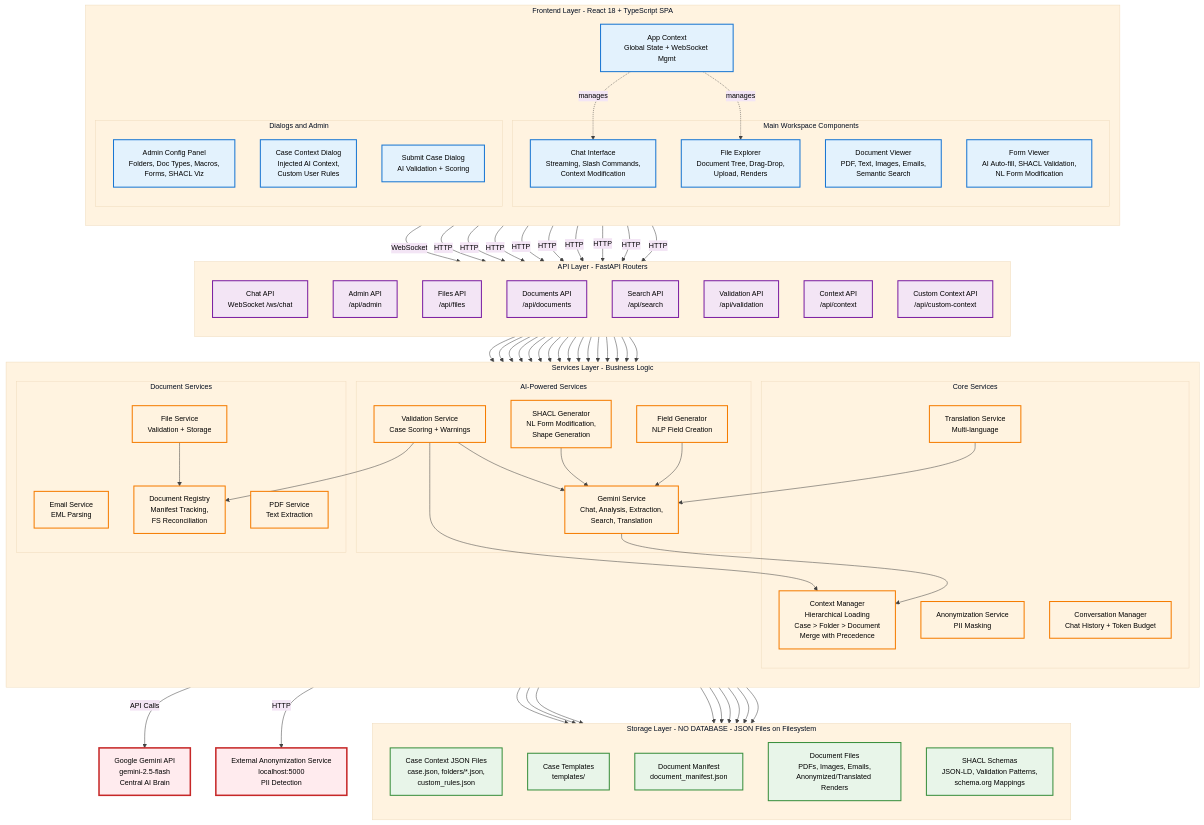
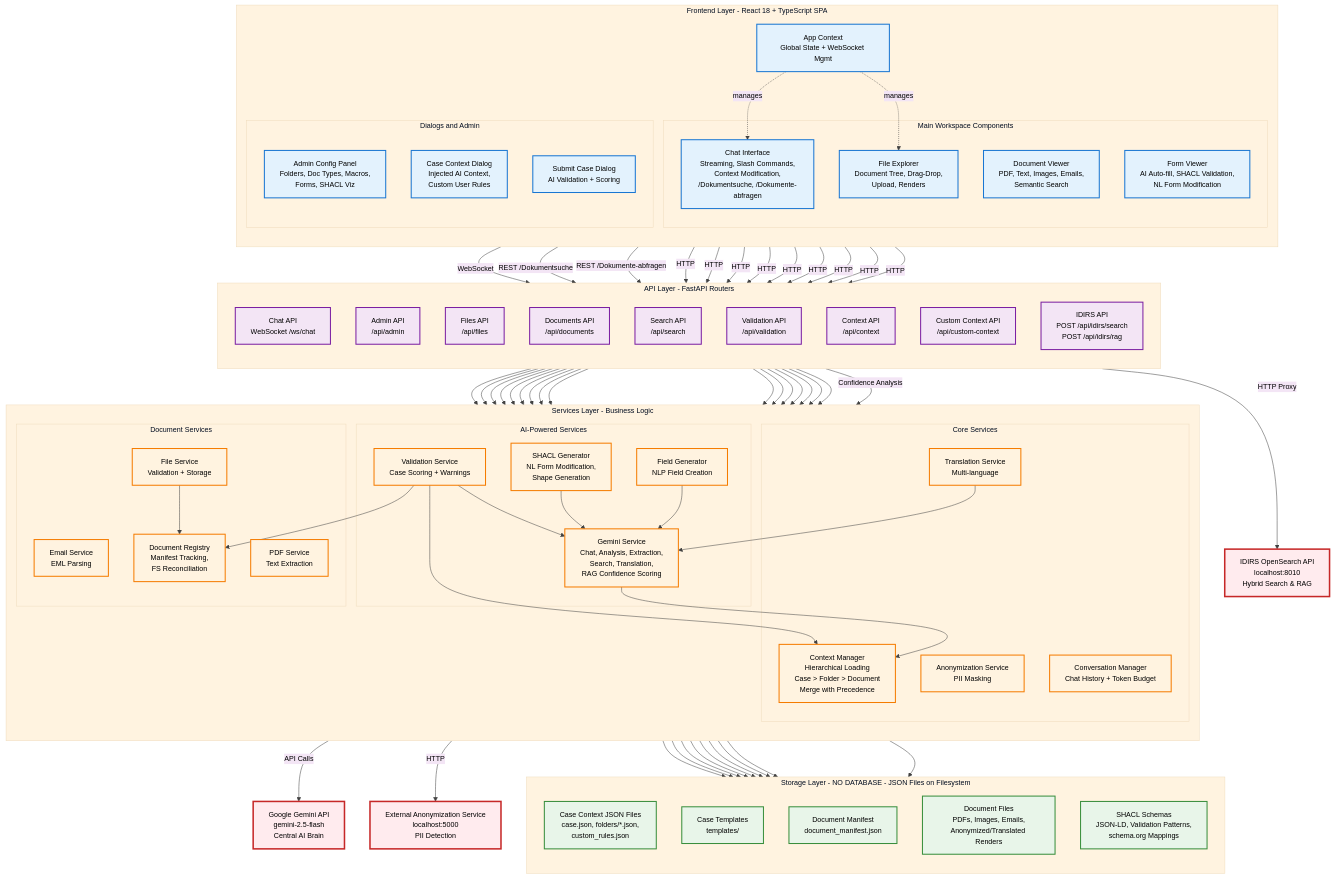
Before and after one commit to Velazquezjfp/infobase-ai: the diagram in docs/diagrams/architecture.mmd, drawn with Mermaid. The commit also changed 42 other files, not shown here.

Commit message:
Adding documentation and Hybrid search demo

```diff
--- a/docs/diagrams/architecture.mmd
+++ b/docs/diagrams/architecture.mmd
@@ -1,151 +1,158 @@
 %%{init: {'theme':'base', 'themeVariables': { 'primaryColor':'#e3f2fd','primaryTextColor':'#000','primaryBorderColor':'#1976d2','lineColor':'#424242','secondaryColor':'#f3e5f5','tertiaryColor':'#fff3e0','fontSize':'14px'}}}%%
 
 flowchart TB
     %% External Services
     gemini["Google Gemini API<br/>gemini-2.5-flash<br/>Central AI Brain"]
     anon_ext["External Anonymization Service<br/>localhost:5000<br/>PII Detection"]
+    idirs_ext["IDIRS OpenSearch API<br/>localhost:8010<br/>Hybrid Search &amp; RAG"]
 
     %% Frontend Layer
     subgraph frontend["Frontend Layer - React 18 + TypeScript SPA"]
         direction TB
         appctx["App Context<br/>Global State + WebSocket Mgmt"]
 
         subgraph ui_main["Main Workspace Components"]
-            chat["Chat Interface<br/>Streaming, Slash Commands,<br/>Context Modification"]
+            chat["Chat Interface<br/>Streaming, Slash Commands,<br/>Context Modification,<br/>/Dokumentsuche, /Dokumente-abfragen"]
             explorer["File Explorer<br/>Document Tree, Drag-Drop,<br/>Upload, Renders"]
             viewer["Document Viewer<br/>PDF, Text, Images, Emails,<br/>Semantic Search"]
             formview["Form Viewer<br/>AI Auto-fill, SHACL Validation,<br/>NL Form Modification"]
         end
 
         subgraph ui_dialogs["Dialogs and Admin"]
             admin["Admin Config Panel<br/>Folders, Doc Types, Macros,<br/>Forms, SHACL Viz"]
             contextdlg["Case Context Dialog<br/>Injected AI Context,<br/>Custom User Rules"]
             submitdlg["Submit Case Dialog<br/>AI Validation + Scoring"]
         end
     end
 
     %% Backend API Layer
     subgraph api["API Layer - FastAPI Routers"]
         direction TB
         chatapi["Chat API<br/>WebSocket /ws/chat"]
         adminapi["Admin API<br/>/api/admin"]
         filesapi["Files API<br/>/api/files"]
         docsapi["Documents API<br/>/api/documents"]
         searchapi["Search API<br/>/api/search"]
         validapi["Validation API<br/>/api/validation"]
         contextapi["Context API<br/>/api/context"]
         customctxapi["Custom Context API<br/>/api/custom-context"]
+        idirsapi["IDIRS API<br/>POST /api/idirs/search<br/>POST /api/idirs/rag"]
     end
 
     %% Backend Services Layer
     subgraph services["Services Layer - Business Logic"]
         direction TB
 
         subgraph ai_services["AI-Powered Services"]
-            gemini_svc["Gemini Service<br/>Chat, Analysis, Extraction,<br/>Search, Translation"]
+            gemini_svc["Gemini Service<br/>Chat, Analysis, Extraction,<br/>Search, Translation,<br/>RAG Confidence Scoring"]
             validation_svc["Validation Service<br/>Case Scoring + Warnings"]
             shacl_gen["SHACL Generator<br/>NL Form Modification,<br/>Shape Generation"]
             field_gen["Field Generator<br/>NLP Field Creation"]
         end
 
         subgraph core_services["Core Services"]
             context_mgr["Context Manager<br/>Hierarchical Loading<br/>Case &gt; Folder &gt; Document<br/>Merge with Precedence"]
             translation_svc["Translation Service<br/>Multi-language"]
             anon_svc["Anonymization Service<br/>PII Masking"]
             conv_mgr["Conversation Manager<br/>Chat History + Token Budget"]
         end
 
         subgraph doc_services["Document Services"]
             email_svc["Email Service<br/>EML Parsing"]
             pdf_svc["PDF Service<br/>Text Extraction"]
             file_svc["File Service<br/>Validation + Storage"]
             doc_registry["Document Registry<br/>Manifest Tracking,<br/>FS Reconciliation"]
         end
     end
 
     %% Storage Layer
     subgraph storage["Storage Layer - NO DATABASE - JSON Files on Filesystem"]
         direction TB
         case_data["Case Context JSON Files<br/>case.json, folders/*.json,<br/>custom_rules.json"]
         templates["Case Templates<br/>templates/"]
         manifest["Document Manifest<br/>document_manifest.json"]
         docs_files["Document Files<br/>PDFs, Images, Emails,<br/>Anonymized/Translated Renders"]
         schemas["SHACL Schemas<br/>JSON-LD, Validation Patterns,<br/>schema.org Mappings"]
     end
 
     %% Frontend to API connections
     chat -->|WebSocket| chatapi
+    chat -->|"REST /Dokumentsuche"| idirsapi
+    chat -->|"REST /Dokumente-abfragen"| idirsapi
     explorer -->|HTTP| filesapi
     explorer -->|HTTP| docsapi
     viewer -->|HTTP| searchapi
     viewer -->|HTTP| docsapi
     formview -->|HTTP| adminapi
     admin -->|HTTP| adminapi
     contextdlg -->|HTTP| contextapi
     contextdlg -->|HTTP| customctxapi
     submitdlg -->|HTTP| validapi
     appctx -.->|manages| chat
     appctx -.->|manages| explorer
 
     %% API to Services
     chatapi --> gemini_svc
     chatapi --> anon_svc
     chatapi --> translation_svc
     chatapi --> conv_mgr
 
     adminapi --> field_gen
     adminapi --> shacl_gen
 
     filesapi --> file_svc
     filesapi --> doc_registry
 
     docsapi --> doc_registry
     docsapi --> email_svc
 
     searchapi --> gemini_svc
     searchapi --> pdf_svc
 
     validapi --> validation_svc
 
     contextapi --> context_mgr
     contextapi --> doc_registry
 
     customctxapi --> context_mgr
 
+    idirsapi -->|Confidence Analysis| gemini_svc
+    idirsapi -->|HTTP Proxy| idirs_ext
+
     %% Services internal connections
     gemini_svc --> context_mgr
     validation_svc --> gemini_svc
     validation_svc --> context_mgr
     validation_svc --> doc_registry
     shacl_gen --> gemini_svc
     field_gen --> gemini_svc
     translation_svc --> gemini_svc
     file_svc --> doc_registry
 
     %% Services to External
     gemini_svc -->|API Calls| gemini
     anon_svc -->|HTTP| anon_ext
 
     %% Services to Storage
     context_mgr --> case_data
     context_mgr --> templates
     doc_registry --> manifest
     doc_registry --> docs_files
     file_svc --> docs_files
     email_svc --> docs_files
     pdf_svc --> docs_files
     field_gen --> schemas
     shacl_gen --> schemas
 
     %% Styling
     classDef frontend_style fill:#e3f2fd,stroke:#1976d2,stroke-width:2px,color:#000
     classDef api_style fill:#f3e5f5,stroke:#7b1fa2,stroke-width:2px,color:#000
     classDef service_style fill:#fff3e0,stroke:#f57c00,stroke-width:2px,color:#000
     classDef storage_style fill:#e8f5e9,stroke:#388e3c,stroke-width:2px,color:#000
     classDef external_style fill:#ffebee,stroke:#c62828,stroke-width:3px,color:#000
 
     class chat,explorer,viewer,formview,admin,contextdlg,submitdlg,appctx frontend_style
-    class chatapi,adminapi,filesapi,docsapi,searchapi,validapi,contextapi,customctxapi api_style
+    class chatapi,adminapi,filesapi,docsapi,searchapi,validapi,contextapi,customctxapi,idirsapi api_style
     class gemini_svc,validation_svc,shacl_gen,field_gen,context_mgr,translation_svc,anon_svc,conv_mgr,email_svc,pdf_svc,file_svc,doc_registry service_style
     class case_data,templates,manifest,docs_files,schemas storage_style
-    class gemini,anon_ext external_style
+    class gemini,anon_ext,idirs_ext external_style
```
